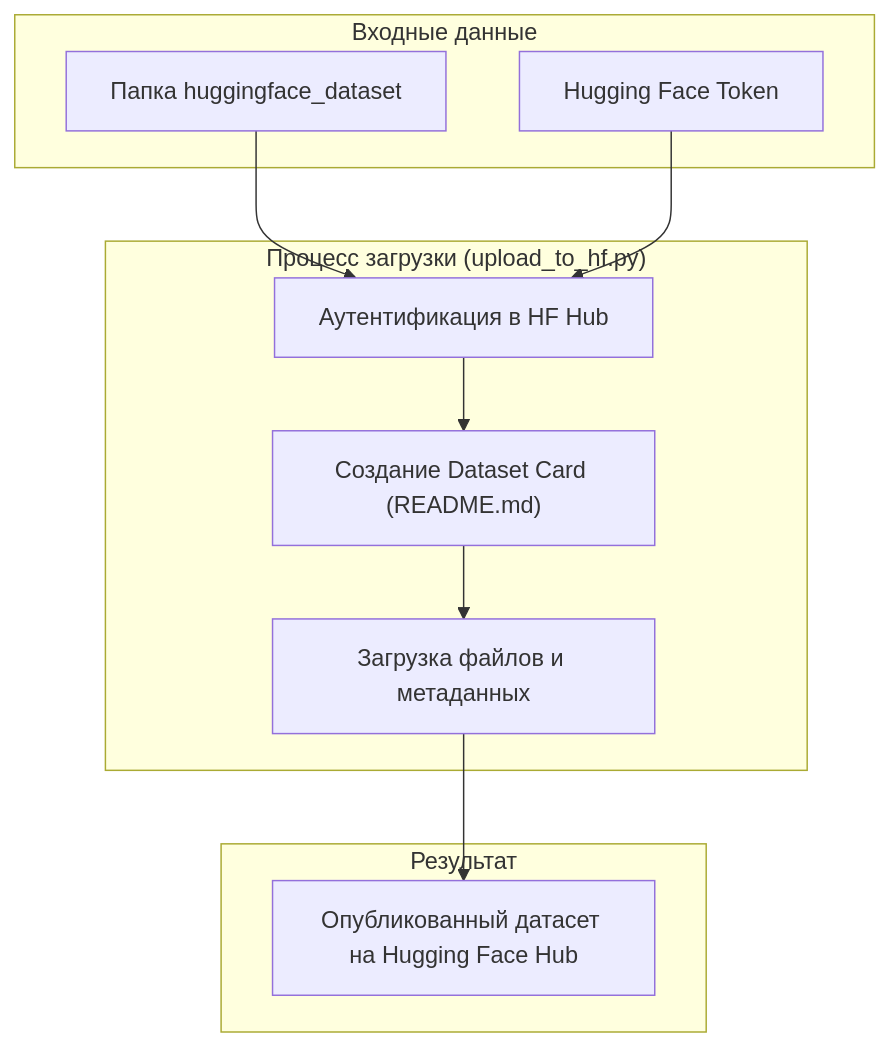
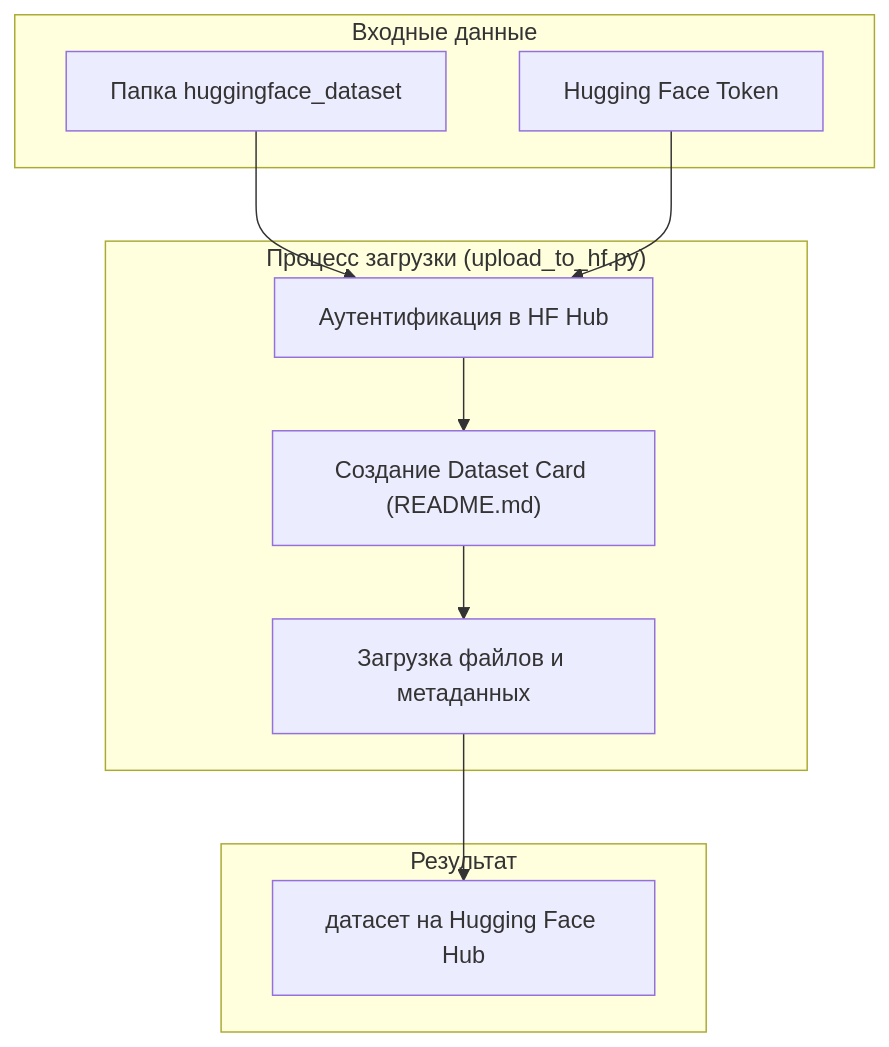
One commit to BosenkoTM/ppi_mgpu changed the third of 3 diagrams in readme.md. Above: the diagram before and after it, drawn with Mermaid. The commit also changed other lines of this file, not shown here.

````diff
--- a/readme.md
+++ b/readme.md
@@ -126,19 +126,19 @@
 ```mermaid
 graph TD
     subgraph "Входные данные"
         A["Папка huggingface_dataset"]
         B["Hugging Face Token"]
     end
     
     subgraph "Процесс загрузки (upload_to_hf.py)"
         C["Аутентификация в HF Hub"] --> D["Создание Dataset Card (README.md)"]
         D --> E["Загрузка файлов и метаданных"]
     end
     
     subgraph "Результат"
-        F["Опубликованный датасет на Hugging Face Hub"]
+        F["датасет на Hugging Face Hub"]
     end
     
     A & B --> C
     E --> F
 ```
````
